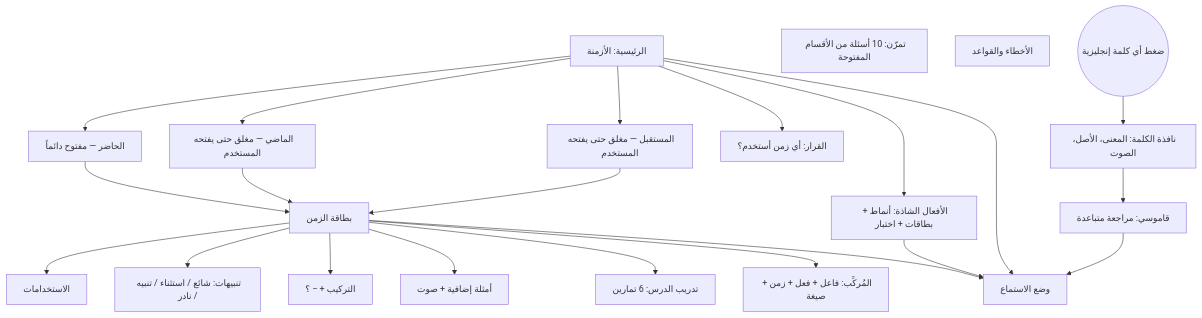
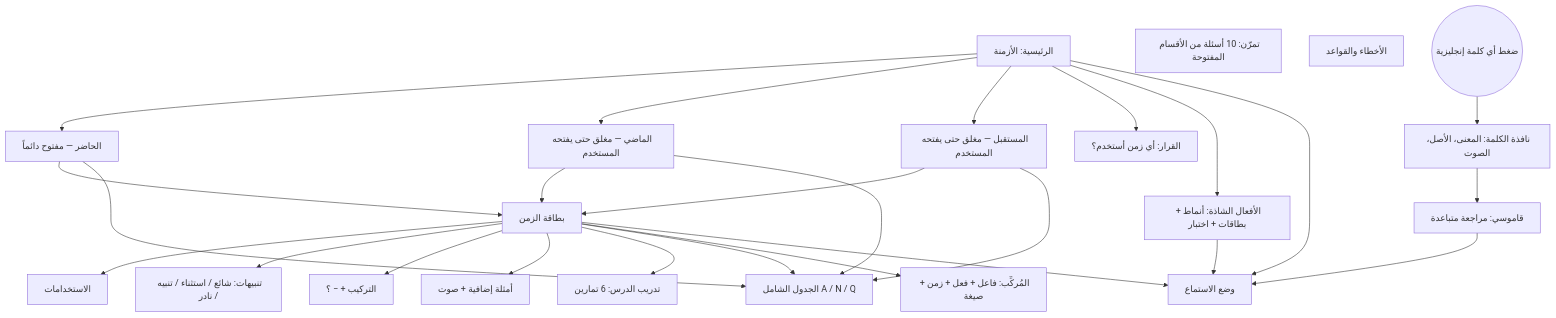
The diagram in PROJECT_INDEX.md (gido70/English-Tenses), drawn with Mermaid before and after one commit. The commit also changed other lines of this file, not shown here.

````diff
--- a/PROJECT_INDEX.md
+++ b/PROJECT_INDEX.md
@@ -48,24 +48,26 @@
 ```mermaid
 flowchart TD
     H[الرئيسية: الأزمنة] --> G1[الحاضر — مفتوح دائماً]
     H --> G2[الماضي — مغلق حتى يفتحه المستخدم]
     H --> G3[المستقبل — مغلق حتى يفتحه المستخدم]
     G1 & G2 & G3 --> S[بطاقة الزمن]
     S --> S1[الاستخدامات]
     S --> S2[تنبيهات: شائع / استثناء / تنبيه / نادر]
     S --> S3[التركيب + − ؟]
     S --> S4[أمثلة إضافية + صوت]
     S --> S5[تدريب الدرس: 6 تمارين]
+    G1 & G2 & G3 --> GR[الجدول الشامل A / N / Q]
+    S --> GR
     S --> B
     H --> D[القرار: أي زمن أستخدم؟]
     B[المُركِّب: فاعل + فعل + زمن + صيغة]
     Q[تمرّن: 10 أسئلة من الأقسام المفتوحة]
     F[الأخطاء والقواعد]
     H --> IV[الأفعال الشاذة: أنماط + بطاقات + اختبار]
     IV --> L
     H --> L[وضع الاستماع]
     S --> L
     DI --> L
     W((ضغط أي كلمة إنجليزية)) --> P[نافذة الكلمة: المعنى، الأصل، الصوت]
     P --> DI[قاموسي: مراجعة متباعدة]
 ```
````
